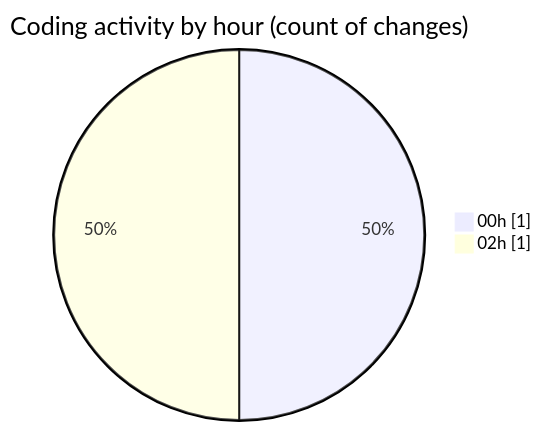
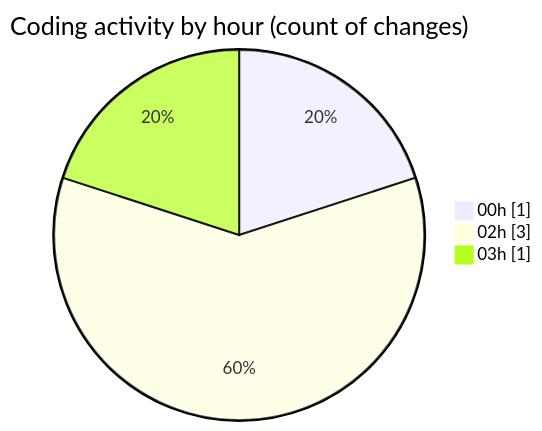
One commit to donsfak/code-tracking changed the second of 2 diagrams in 2025-02-19/uber_clone/README.md. Above: the diagram before and after it, drawn with Mermaid. The commit also changed other lines of this file and 1 other file, not shown here.

````diff
--- a/2025-02-19/uber_clone/README.md
+++ b/2025-02-19/uber_clone/README.md
@@ -30,6 +32,7 @@
 ```mermaid
 pie showData
 title Coding activity by hour (count of changes)
 "00h" : 1
-"02h" : 1
+"02h" : 3
+"03h" : 1
 ```
````
